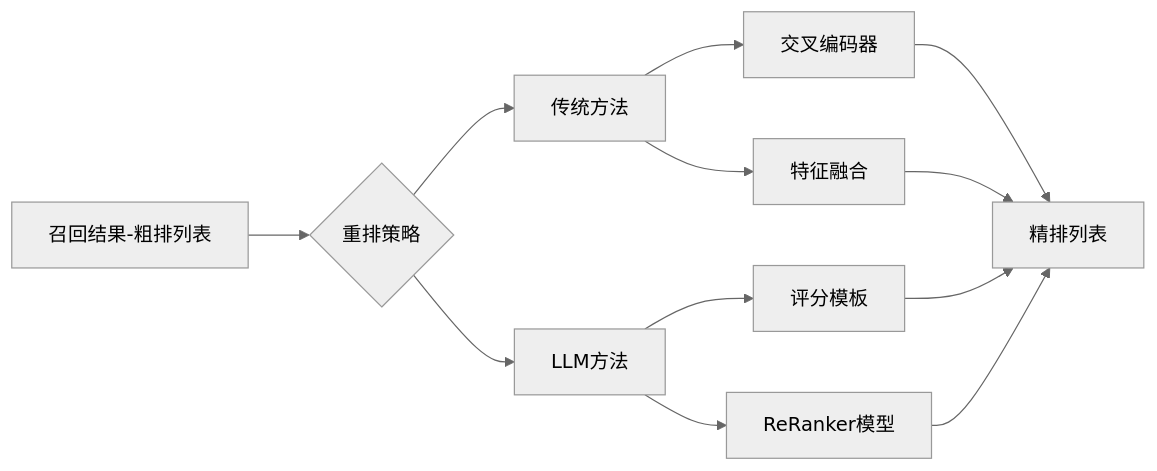
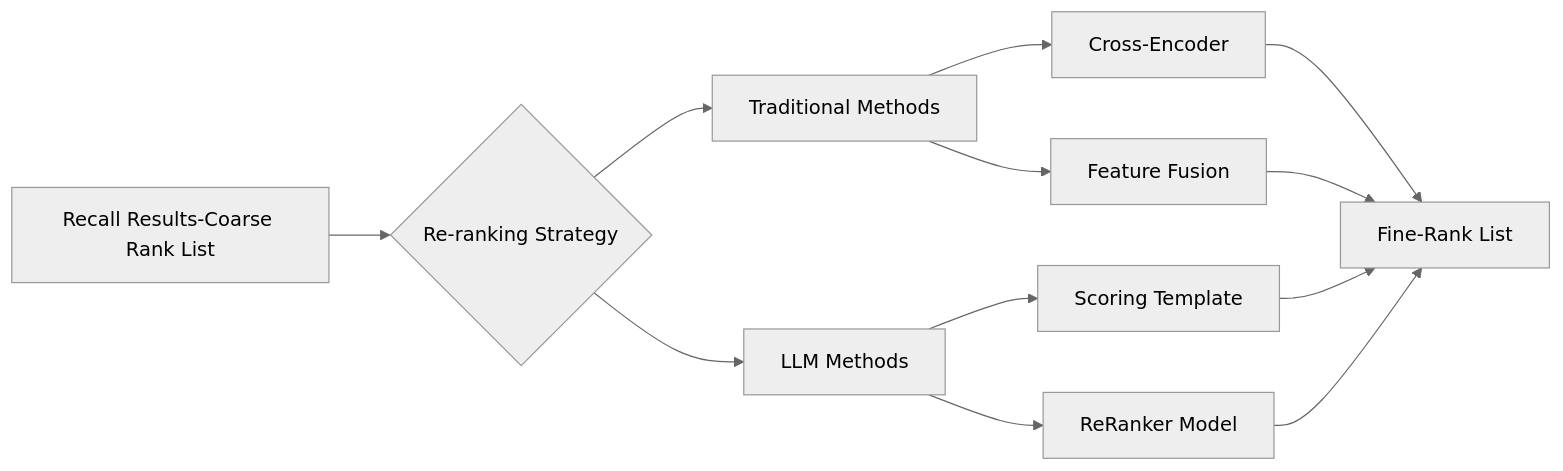
Before and after one commit to WindRunnerMax/EveryDay: the second of 2 diagrams in I18N/Plugin/基于向量检索实现基础RAG服务.md, drawn with Mermaid. The commit also changed other lines of this file and 9 other files, not shown here.

````diff
--- a/I18N/Plugin/基于向量检索实现基础RAG服务.md
+++ b/I18N/Plugin/基于向量检索实现基础RAG服务.md
@@ -313,11 +311,11 @@
 ```mermaid
 %%{init: {"theme": "neutral" } }%%
 graph LR
-  A[召回结果-粗排列表] --> B{重排策略}
-  B --> C[传统方法]
-  C --> C1[交叉编码器] --> F[精排列表]
-  C --> C2[特征融合] --> F
-  B --> D[LLM方法]
-  D --> D1[评分模板] --> F
-  D --> D2[ReRanker模型] --> F
+  A[Recall Results-Coarse Rank List] --> B{Re-ranking Strategy}
+  B --> C[Traditional Methods]
+  C --> C1[Cross-Encoder] --> F[Fine-Rank List]
+  C --> C2[Feature Fusion] --> F
+  B --> D[LLM Methods]
+  D --> D1[Scoring Template] --> F
+  D --> D2[ReRanker Model] --> F
 ```
````
